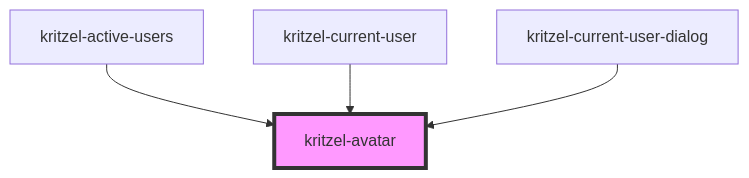
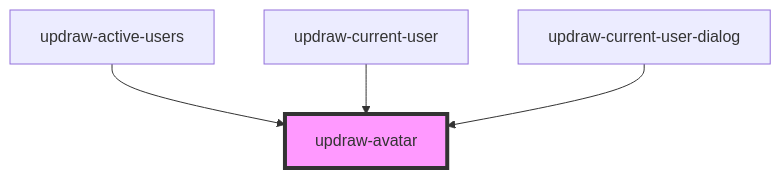
One commit to kasual1/kritzel changed the diagram in libs/editor/core/src/components/updraw-avatar/readme.md. Above: the diagram before and after it, drawn with Mermaid. The commit also changed other lines of this file and 1129 other files, not shown here.

First line of the commit message:
Replace kritzel with updraw across the codebase

````diff
--- a/libs/editor/core/src/components/updraw-avatar/readme.md
+++ b/libs/editor/core/src/components/updraw-avatar/readme.md
@@ -27,7 +27,7 @@
 ```mermaid
 graph TD;
-  kritzel-active-users --> kritzel-avatar
-  kritzel-current-user --> kritzel-avatar
-  kritzel-current-user-dialog --> kritzel-avatar
-  style kritzel-avatar fill:#f9f,stroke:#333,stroke-width:4px
+  updraw-active-users --> updraw-avatar
+  updraw-current-user --> updraw-avatar
+  updraw-current-user-dialog --> updraw-avatar
+  style updraw-avatar fill:#f9f,stroke:#333,stroke-width:4px
 ```
````
